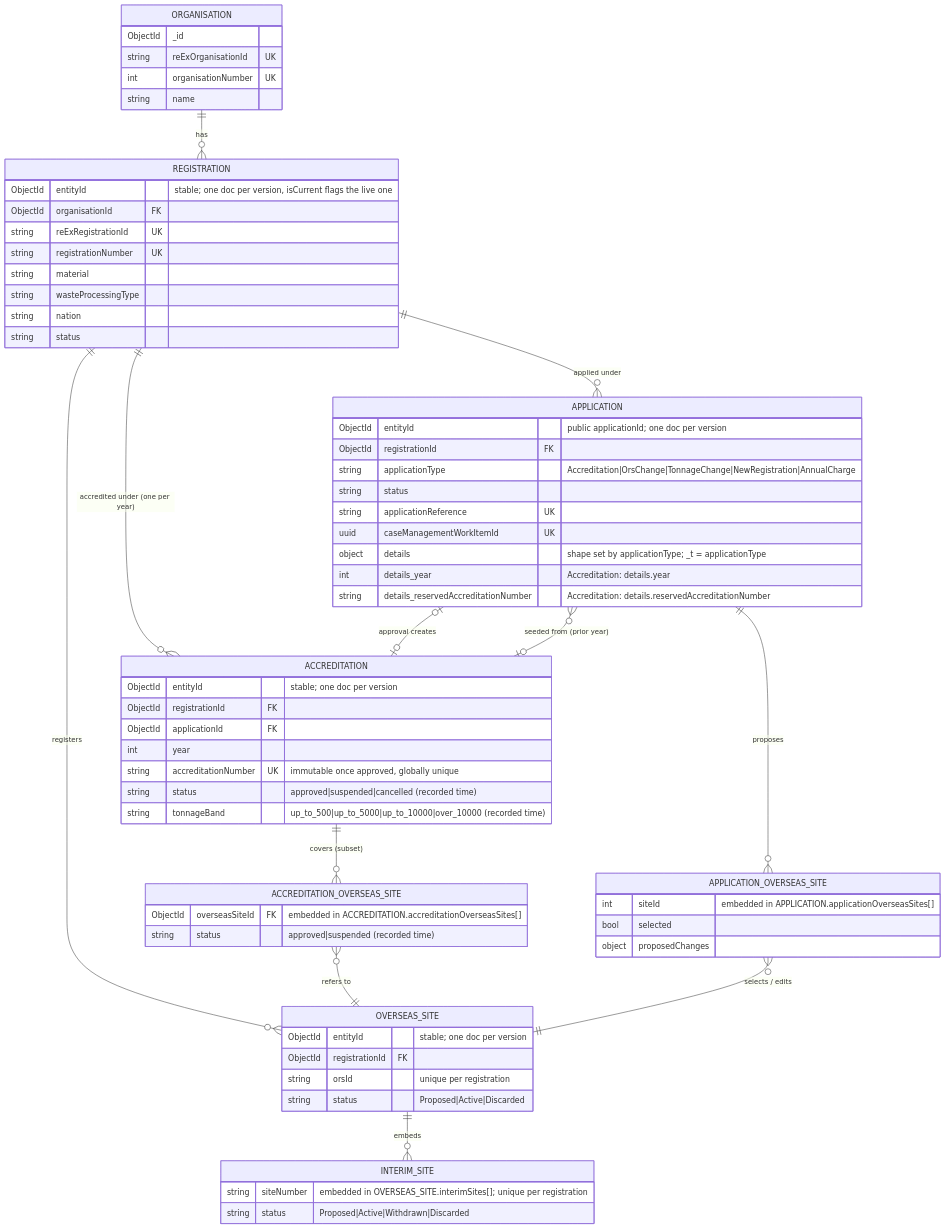
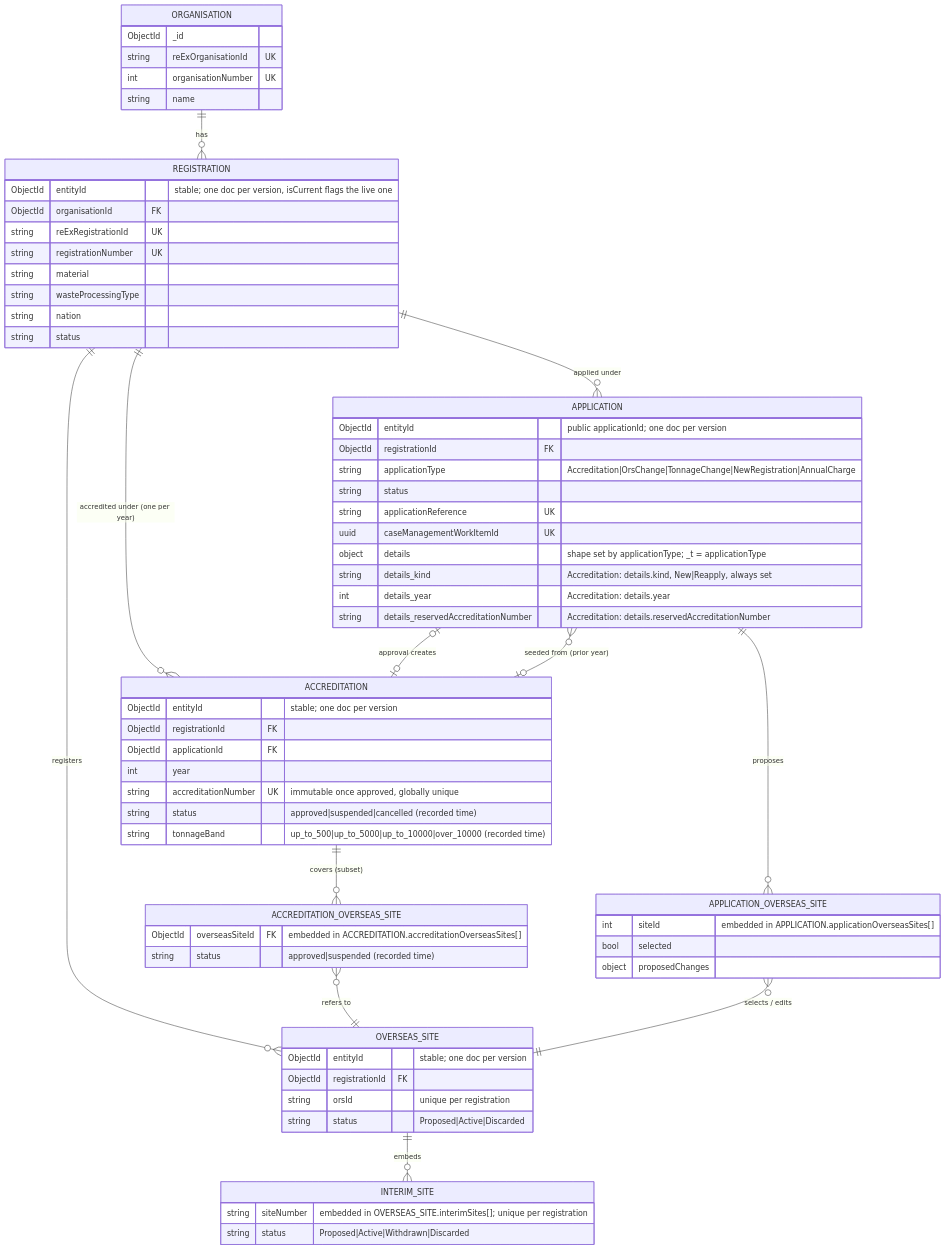
The first of 6 diagrams in docs/analysis/register-enrol-domain-model-design.md (DEFRA/epr-register-enrol-backend), drawn with Mermaid before and after one commit. The commit also changed other lines of this file and 12 other files, not shown here.

````diff
--- a/docs/analysis/register-enrol-domain-model-design.md
+++ b/docs/analysis/register-enrol-domain-model-design.md
@@ -520,70 +520,71 @@
 ```mermaid
 erDiagram
     ORGANISATION ||--o{ REGISTRATION : "has"
     REGISTRATION ||--o{ OVERSEAS_SITE : "registers"
     OVERSEAS_SITE ||--o{ INTERIM_SITE : "embeds"
     REGISTRATION ||--o{ APPLICATION : "applied under"
     REGISTRATION ||--o{ ACCREDITATION : "accredited under (one per year)"
     APPLICATION |o--o| ACCREDITATION : "approval creates"
     ACCREDITATION ||--o{ ACCREDITATION_OVERSEAS_SITE : "covers (subset)"
     ACCREDITATION_OVERSEAS_SITE }o--|| OVERSEAS_SITE : "refers to"
     APPLICATION ||--o{ APPLICATION_OVERSEAS_SITE : "proposes"
     APPLICATION_OVERSEAS_SITE }o--|| OVERSEAS_SITE : "selects / edits"
     APPLICATION }o--o| ACCREDITATION : "seeded from (prior year)"
 
     ORGANISATION {
         ObjectId _id
         string reExOrganisationId UK
         int organisationNumber UK
         string name
     }
     REGISTRATION {
         ObjectId entityId "stable; one doc per version, isCurrent flags the live one"
         ObjectId organisationId FK
         string reExRegistrationId UK
         string registrationNumber UK
         string material
         string wasteProcessingType
         string nation
         string status
     }
     OVERSEAS_SITE {
         ObjectId entityId "stable; one doc per version"
         ObjectId registrationId FK
         string orsId "unique per registration"
         string status "Proposed|Active|Discarded"
     }
     INTERIM_SITE {
         string siteNumber "embedded in OVERSEAS_SITE.interimSites[]; unique per registration"
         string status "Proposed|Active|Withdrawn|Discarded"
     }
     APPLICATION {
         ObjectId entityId "public applicationId; one doc per version"
         ObjectId registrationId FK
         string applicationType "Accreditation|OrsChange|TonnageChange|NewRegistration|AnnualCharge"
         string status
         string applicationReference UK
         uuid caseManagementWorkItemId UK
         object details "shape set by applicationType; _t = applicationType"
+        string details_kind "Accreditation: details.kind, New|Reapply, always set"
         int details_year "Accreditation: details.year"
         string details_reservedAccreditationNumber "Accreditation: details.reservedAccreditationNumber"
     }
     ACCREDITATION {
         ObjectId entityId "stable; one doc per version"
         ObjectId registrationId FK
         ObjectId applicationId FK
         int year
         string accreditationNumber UK "immutable once approved, globally unique"
         string status "approved|suspended|cancelled (recorded time)"
         string tonnageBand "up_to_500|up_to_5000|up_to_10000|over_10000 (recorded time)"
     }
     ACCREDITATION_OVERSEAS_SITE {
         ObjectId overseasSiteId FK "embedded in ACCREDITATION.accreditationOverseasSites[]"
         string status "approved|suspended (recorded time)"
     }
     APPLICATION_OVERSEAS_SITE {
         int siteId "embedded in APPLICATION.applicationOverseasSites[]"
         bool selected
         object proposedChanges
     }
 ```
````
